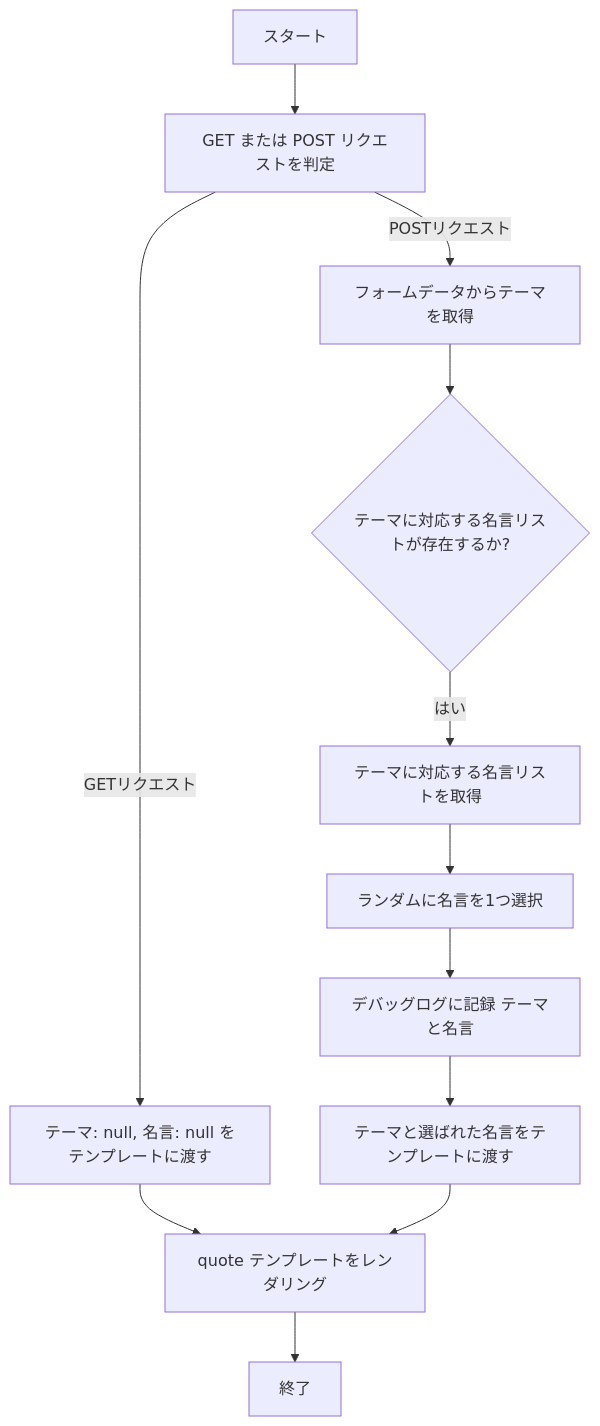
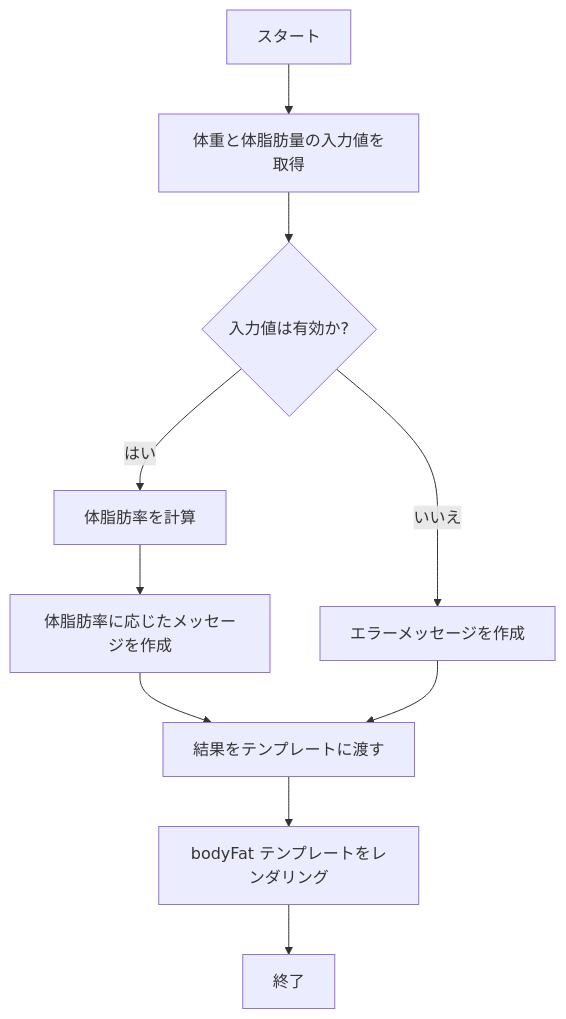
The third of 3 diagrams in README.md (ryouta3987/webpro_06), drawn with Mermaid before and after one commit. The commit also changed other lines of this file, not shown here.

````diff
--- a/README.md
+++ b/README.md
@@ -100,15 +109,12 @@
 ```mermaid
 flowchart TD
-  A[スタート] --> B[GET または POST リクエストを判定]
-  B -- GETリクエスト --> C[テーマ: null, 名言: null をテンプレートに渡す]
-  C --> D[quote テンプレートをレンダリング]
-  D --> Z[終了]
-  B -- POSTリクエスト --> E[フォームデータからテーマを取得]
-  E --> F{テーマに対応する名言リストが存在するか?}
-  
-  F -- はい --> G[テーマに対応する名言リストを取得]
-  G --> H[ランダムに名言を1つ選択]
-  H --> I[デバッグログに記録 テーマと名言]
-  I --> J[テーマと選ばれた名言をテンプレートに渡す]
-  J --> D
+  A[スタート] --> B[体重と体脂肪量の入力値を取得]
+  B --> C{入力値は有効か?}
+  C -- はい --> D[体脂肪率を計算]
+  D --> E[体脂肪率に応じたメッセージを作成]
+  E --> F[結果をテンプレートに渡す]
+  F --> G[bodyFat テンプレートをレンダリング]
+  G --> Z[終了]
+  C -- いいえ --> H[エラーメッセージを作成]
+  H --> F
 ```
````
